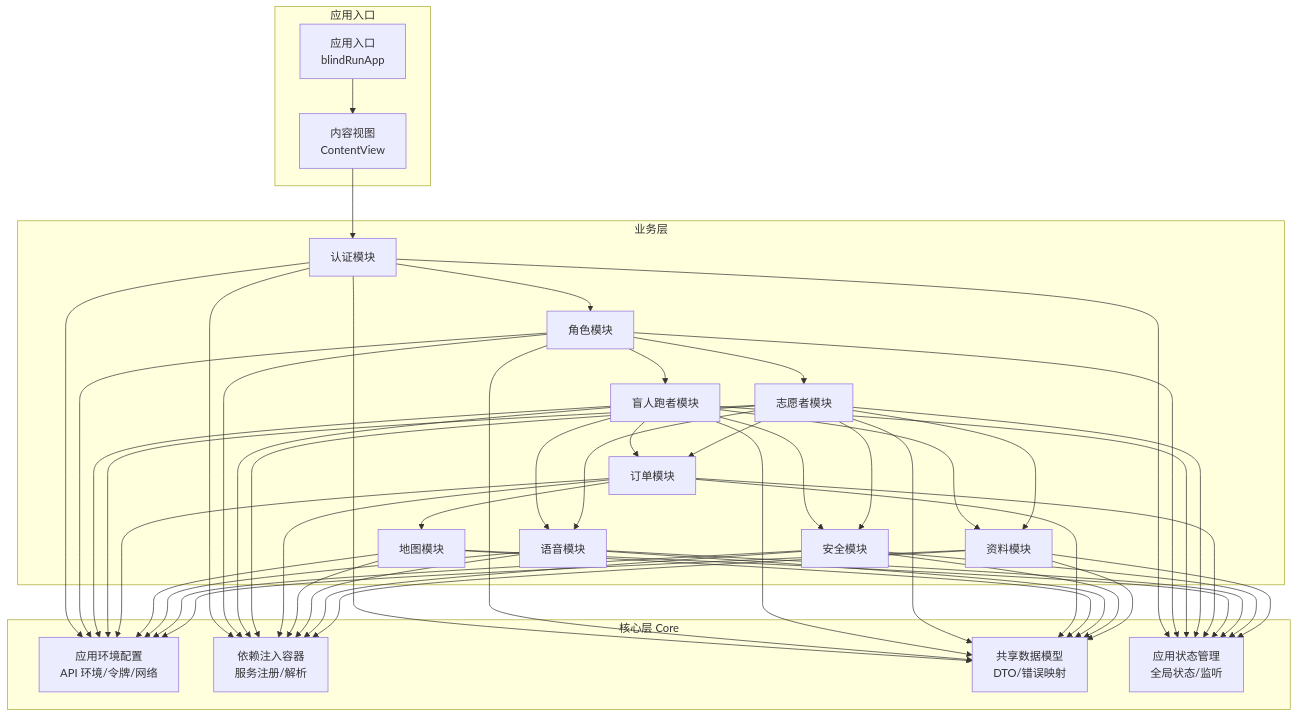
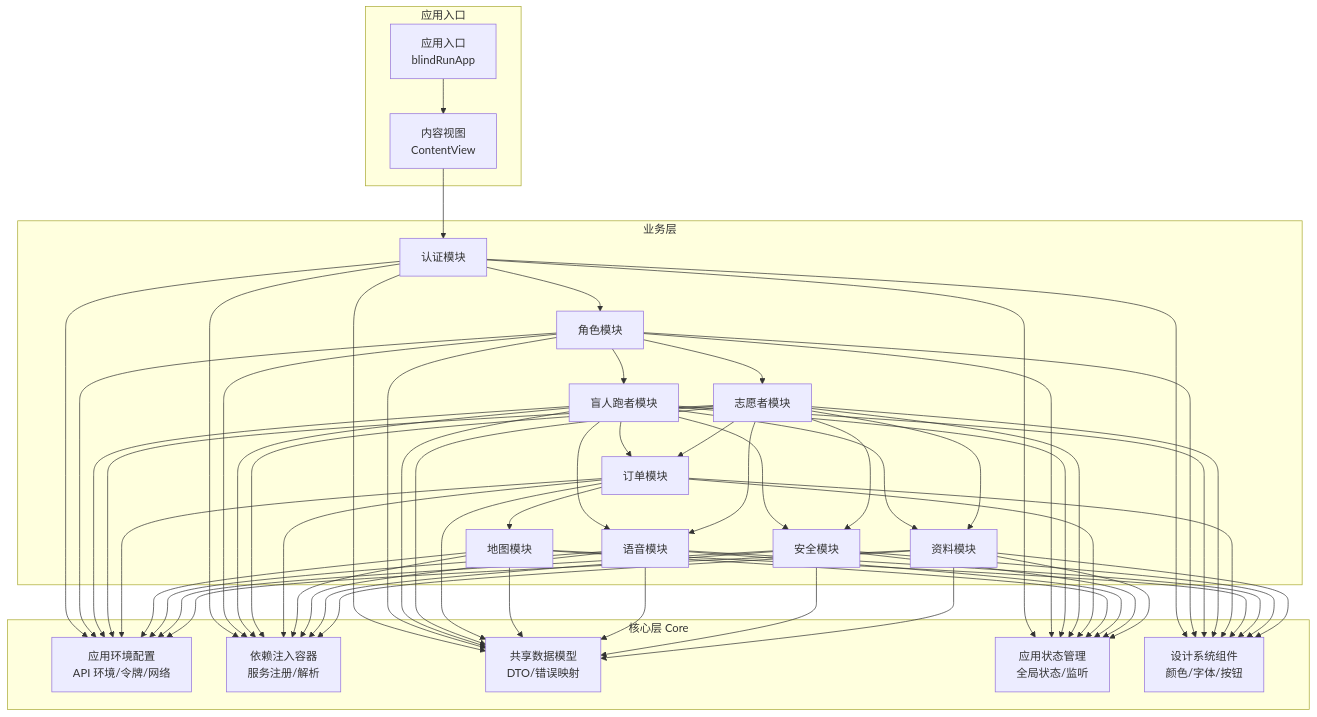
Before and after one commit to Jayden23018/blind-run-ios: the first of 3 diagrams in .qoder/repowiki/zh/content/架构设计/模块化架构设计/Core 核心模块.md, drawn with Mermaid. The commit also changed other lines of this file and 35 other files, not shown here.

Commit message:
Implement backend auth and role-switch flow

````diff
--- a/.qoder/repowiki/zh/content/架构设计/模块化架构设计/Core 核心模块.md
+++ b/.qoder/repowiki/zh/content/架构设计/模块化架构设计/Core 核心模块.md
@@ -48,6 +67,7 @@
 DI["依赖注入容器<br/>服务注册/解析"]
 DTO["共享数据模型<br/>DTO/错误映射"]
 State["应用状态管理<br/>全局状态/监听"]
+DS["设计系统组件<br/>颜色/字体/按钮"]
 end
 subgraph "业务层"
 Auth["认证模块"]
@@ -110,4 +130,13 @@
 Voice --> State
 Safe --> State
 Prof --> State
+Auth --> DS
+Role --> DS
+BR --> DS
+Vol --> DS
+Ord --> DS
+Map --> DS
+Voice --> DS
+Safe --> DS
+Prof --> DS
 ```
````
